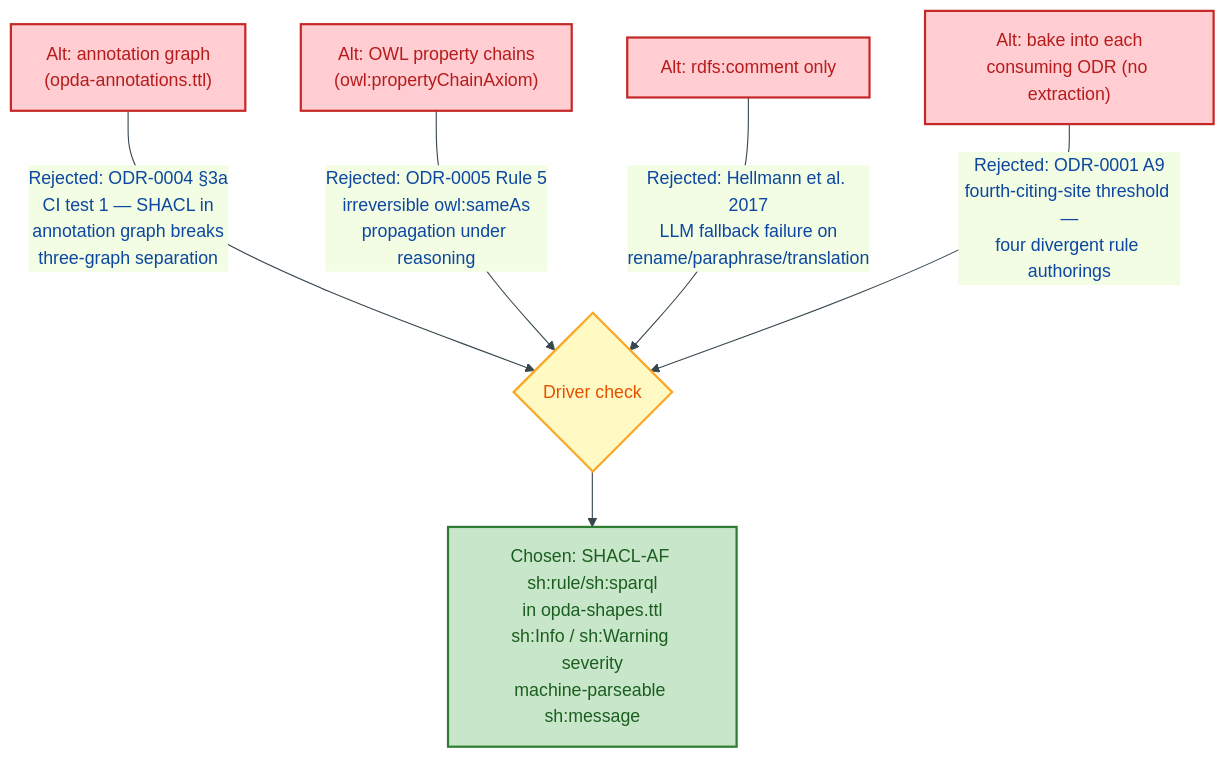
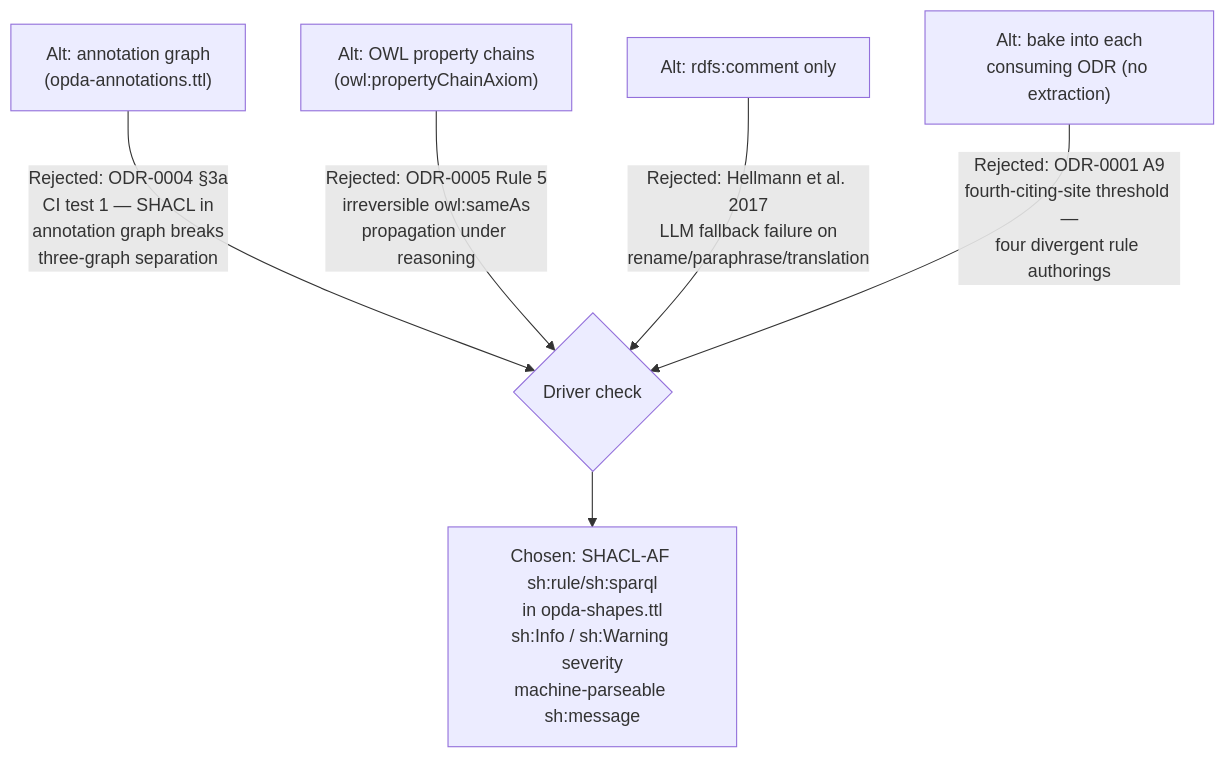
One commit to sparkling/opda changed the third of 4 diagrams in docs/ontology/odr/ODR-0017-shacl-af-quality-rules-pattern.md. Above: the diagram before and after it, drawn with Mermaid. The commit also changed other lines of this file and 25 other files, not shown here.

````diff
--- a/docs/ontology/odr/ODR-0017-shacl-af-quality-rules-pattern.md
+++ b/docs/ontology/odr/ODR-0017-shacl-af-quality-rules-pattern.md
@@ -152,22 +143,17 @@
 ```mermaid
-%%{init:{"theme":"base","themeVariables":{"primaryColor":"#E3F2FD","primaryTextColor":"#0D47A1","primaryBorderColor":"#1565C0","lineColor":"#37474F"}}}%%
 flowchart TD
     accTitle: Alternatives considered and chosen outcome
     accDescr: Maps the four rejected alternatives to their disqualifying decision drivers, leading to the chosen SHACL-AF non-blocking pattern.
-    classDef process fill:#E1F5FE,stroke:#0277BD,stroke-width:2px,color:#01579B
-    classDef decision fill:#FFF9C4,stroke:#F9A825,stroke-width:2px,color:#E65100
-    classDef output fill:#C8E6C9,stroke:#2E7D32,stroke-width:2px,color:#1B5E20
-    classDef reject fill:#FFCDD2,stroke:#C62828,stroke-width:2px,color:#B71C1C
 
-    A1["Alt: annotation graph<br/>(opda-annotations.ttl)"]:::reject
-    A2["Alt: OWL property chains<br/>(owl:propertyChainAxiom)"]:::reject
-    A3["Alt: rdfs:comment only"]:::reject
-    A4["Alt: bake into each<br/>consuming ODR (no extraction)"]:::reject
+    A1["Alt: annotation graph<br/>(opda-annotations.ttl)"]:::error
+    A2["Alt: OWL property chains<br/>(owl:propertyChainAxiom)"]:::error
+    A3["Alt: rdfs:comment only"]:::error
+    A4["Alt: bake into each<br/>consuming ODR (no extraction)"]:::error
 
-    A1 -->|"Rejected: ODR-0004 §3a<br/>CI test 1 — SHACL in<br/>annotation graph breaks<br/>three-graph separation"| X{"Driver check"}:::decision
+    A1 -->|"Rejected: ODR-0004 §3a<br/>CI test 1 — SHACL in<br/>annotation graph breaks<br/>three-graph separation"| X{"Driver check"}:::warning
     A2 -->|"Rejected: ODR-0005 Rule 5<br/>irreversible owl:sameAs<br/>propagation under reasoning"| X
     A3 -->|"Rejected: Hellmann et al. 2017<br/>LLM fallback failure on<br/>rename/paraphrase/translation"| X
     A4 -->|"Rejected: ODR-0001 A9<br/>fourth-citing-site threshold —<br/>four divergent rule authorings"| X
 
-    X --> C["Chosen: SHACL-AF sh:rule/sh:sparql<br/>in opda-shapes.ttl<br/>sh:Info / sh:Warning severity<br/>machine-parseable sh:message"]:::output
+    X --> C["Chosen: SHACL-AF sh:rule/sh:sparql<br/>in opda-shapes.ttl<br/>sh:Info / sh:Warning severity<br/>machine-parseable sh:message"]:::success
 ```
````
